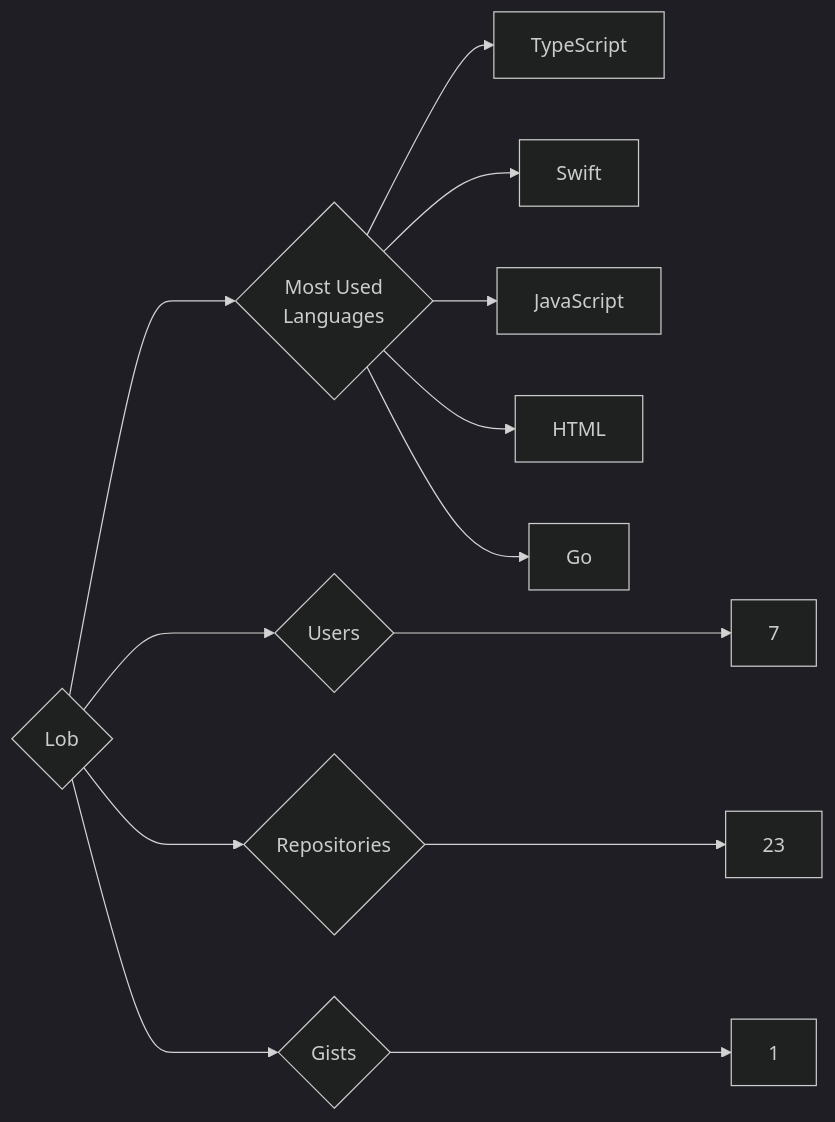
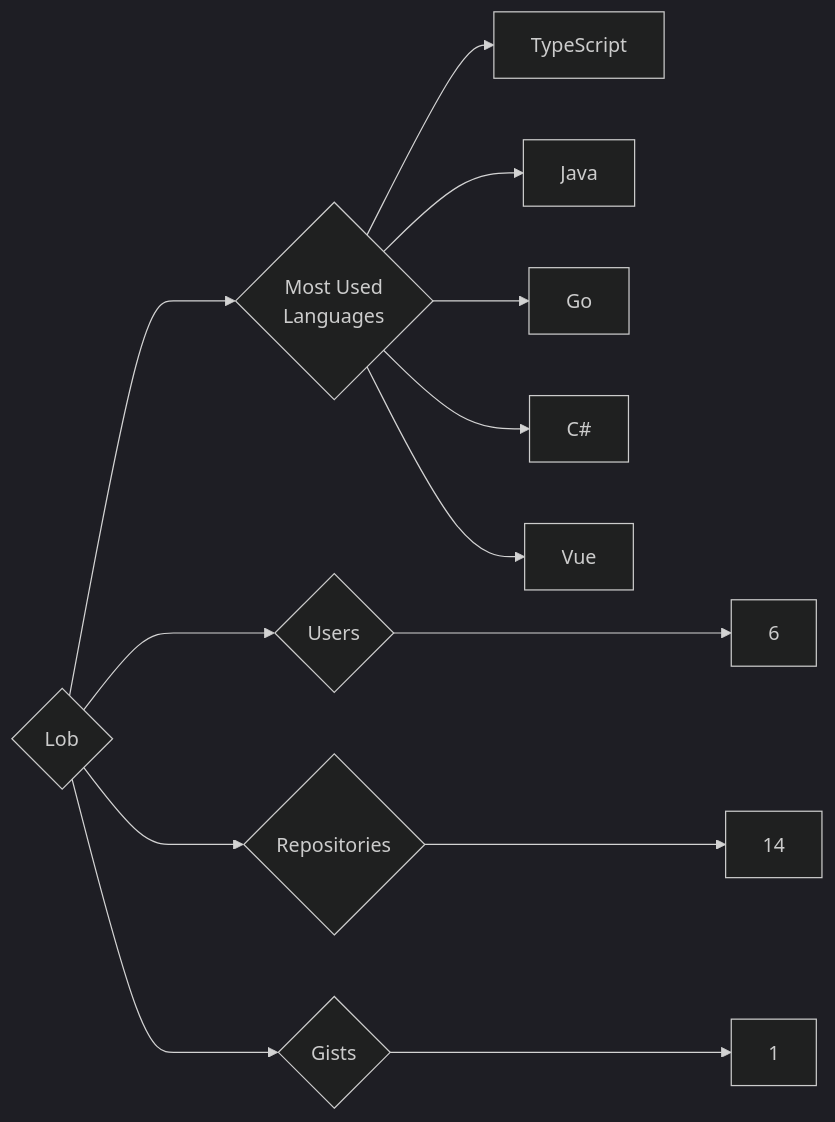
One commit to trickest/insiders changed the diagram in targets/Lob/README.md. Above: the diagram before and after it, drawn with Mermaid (dark theme). The commit also changed 895 other files, not shown here.

````diff
--- a/targets/Lob/README.md
+++ b/targets/Lob/README.md
@@ -3,13 +3,13 @@
 ```mermaid
 graph LR
 COMPANY_NAME{Lob}
-COMPANY_NAME ---> U{Users} ---> UN[7]
-COMPANY_NAME ---> R{Repositories} ---> RN[23]
+COMPANY_NAME ---> U{Users} ---> UN[6]
+COMPANY_NAME ---> R{Repositories} ---> RN[14]
 COMPANY_NAME ---> G{Gists} ---> GN[1]
 COMPANY_NAME ---> ML{Most Used<br>Languages}
 ML --> TypeScript[TypeScript]
-ML --> Swift[Swift]
-ML --> JavaScript[JavaScript]
-ML --> HTML[HTML]
+ML --> Java[Java]
 ML --> Go[Go]
+ML --> C#[C#]
+ML --> Vue[Vue]
 ```
````
